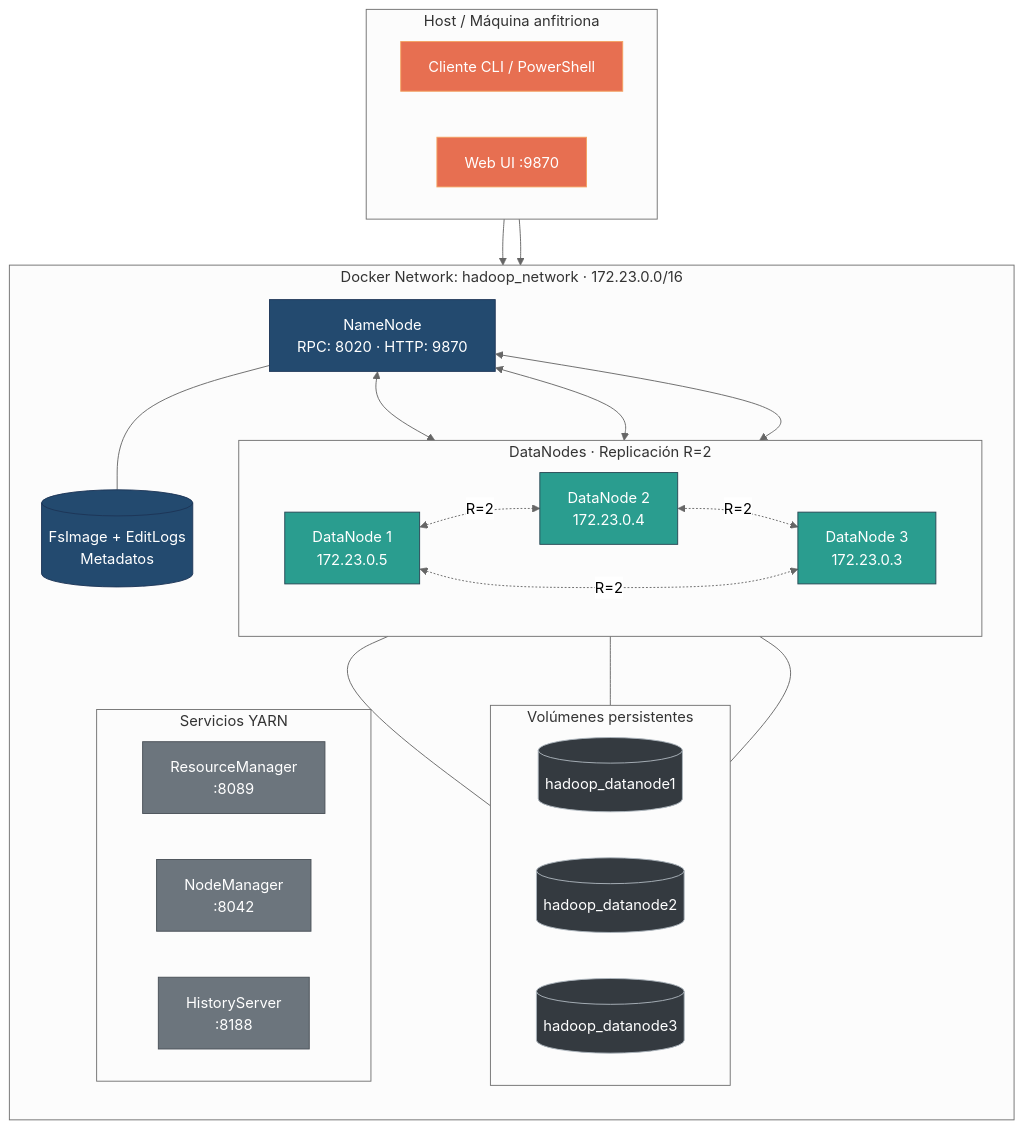
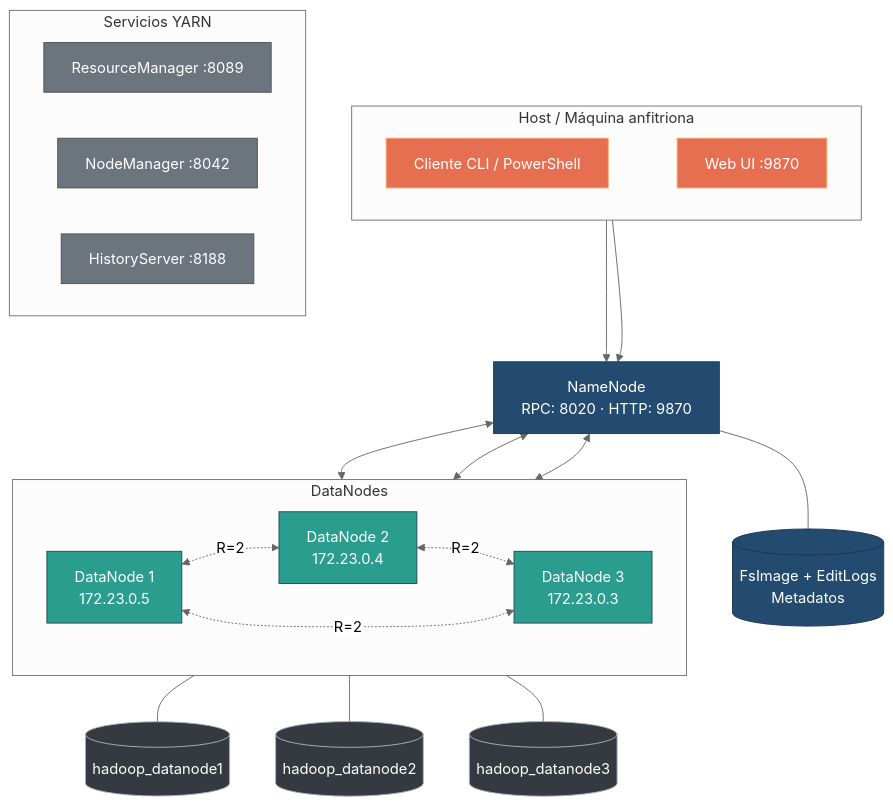
The diagram in README.md (AlejandroV-alpha/bigdata-hdfs-grupo4), drawn with Mermaid (neutral theme) before and after one commit.

Commit message:
Revise architecture diagram in README
Updated the architecture diagram to reflect changes in the connections and structure of the Hadoop components.

````diff
--- a/README.md
+++ b/README.md
@@ -78,64 +78,55 @@
 ```mermaid
 flowchart TB
     subgraph HOST["Host / Máquina anfitriona"]
         direction LR
         CLI["Cliente CLI / PowerShell"]
         WEB["Web UI :9870"]
     end
 
-    subgraph CLUSTER["Docker Network: hadoop_network · 172.23.0.0/16"]
-        direction TB
+    CLI ~~~ WEB
 
-        NN["NameNode<br/>RPC: 8020 · HTTP: 9870"]
-        META[("FsImage + EditLogs<br/>Metadatos")]
-        NN --- META
-
-        subgraph WORKERS["DataNodes · Replicación R=2"]
-            direction LR
-            D1["DataNode 1<br/>172.23.0.5"]
-            D2["DataNode 2<br/>172.23.0.4"]
-            D3["DataNode 3<br/>172.23.0.3"]
-        end
-
-        subgraph STORAGE["Volúmenes persistentes"]
-            direction LR
-            V1[("hadoop_datanode1")]
-            V2[("hadoop_datanode2")]
-            V3[("hadoop_datanode3")]
-        end
-
-        subgraph YARN["Servicios YARN"]
-            direction LR
-            RM["ResourceManager<br/>:8089"]
-            NM["NodeManager<br/>:8042"]
-            JHS["HistoryServer<br/>:8188"]
-        end
-
-        D1 --- V1
-        D2 --- V2
-        D3 --- V3
-
-        NN <--> D1
-        NN <--> D2
-        NN <--> D3
-    end
+    NN["NameNode<br/>RPC: 8020 · HTTP: 9870"]
+    META[("FsImage + EditLogs<br/>Metadatos")]
+    NN --- META
 
     CLI --> NN
     WEB --> NN
 
+    NN <--> D1
+    NN <--> D2
+    NN <--> D3
+
+    subgraph NODES["DataNodes"]
+        direction LR
+        D1["DataNode 1<br/>172.23.0.5"]
+        D2["DataNode 2<br/>172.23.0.4"]
+        D3["DataNode 3<br/>172.23.0.3"]
+    end
+
     D1 <-.->|R=2| D2
     D2 <-.->|R=2| D3
     D1 <-.->|R=2| D3
+
+    D1 --- V1[("hadoop_datanode1")]
+    D2 --- V2[("hadoop_datanode2")]
+    D3 --- V3[("hadoop_datanode3")]
+
+    subgraph YARN["Servicios YARN"]
+        direction LR
+        RM["ResourceManager :8089"]
+        NM["NodeManager :8042"]
+        JHS["HistoryServer :8188"]
+    end
 
     classDef master fill:#234a6f,stroke:#1d3557,color:#fff
     classDef worker fill:#2a9d8f,stroke:#264653,color:#fff
     classDef client fill:#e76f51,stroke:#f4a261,color:#fff
     classDef yarnStyle fill:#6c757d,stroke:#495057,color:#fff
     classDef storage fill:#343a40,stroke:#adb5bd,color:#fff
 
     class NN,META master
     class D1,D2,D3 worker
     class CLI,WEB client
     class RM,NM,JHS yarnStyle
     class V1,V2,V3 storage
 ```
````
